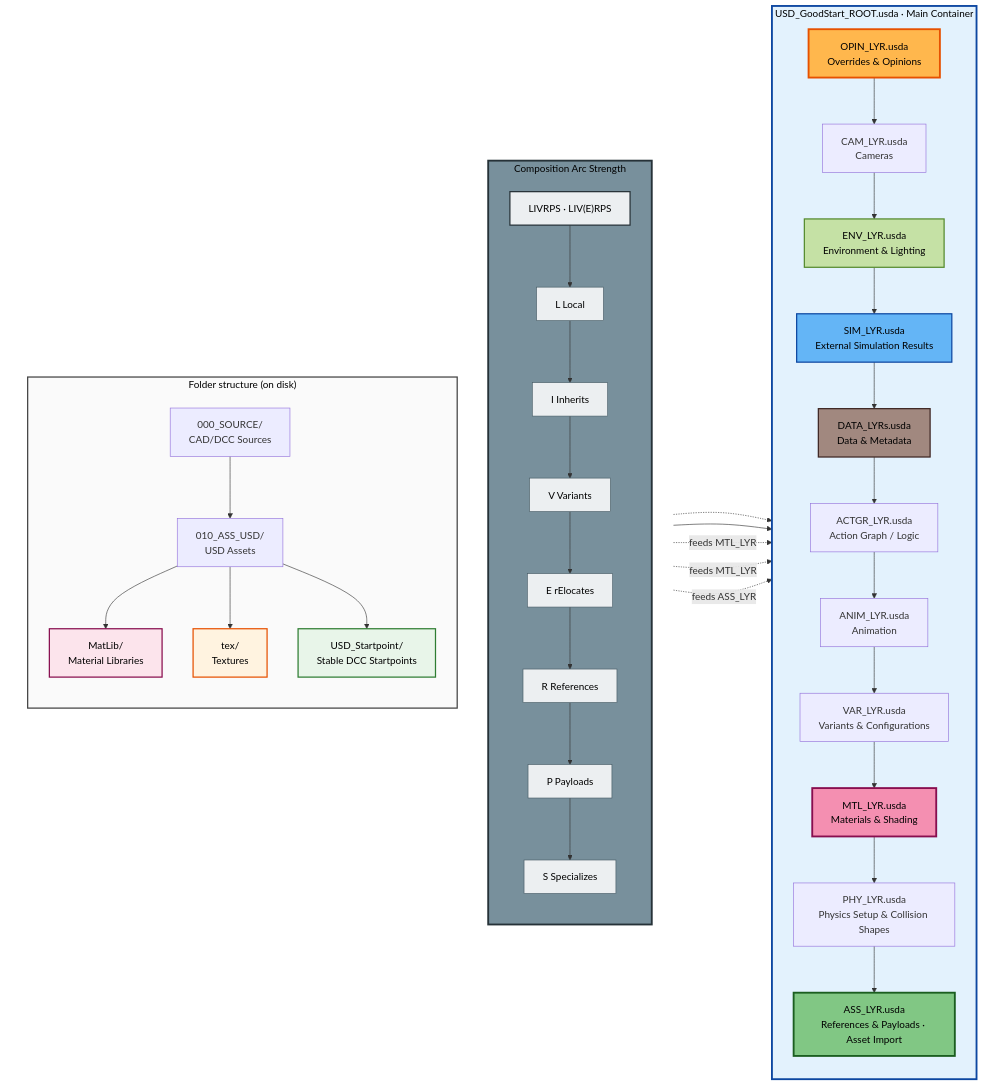
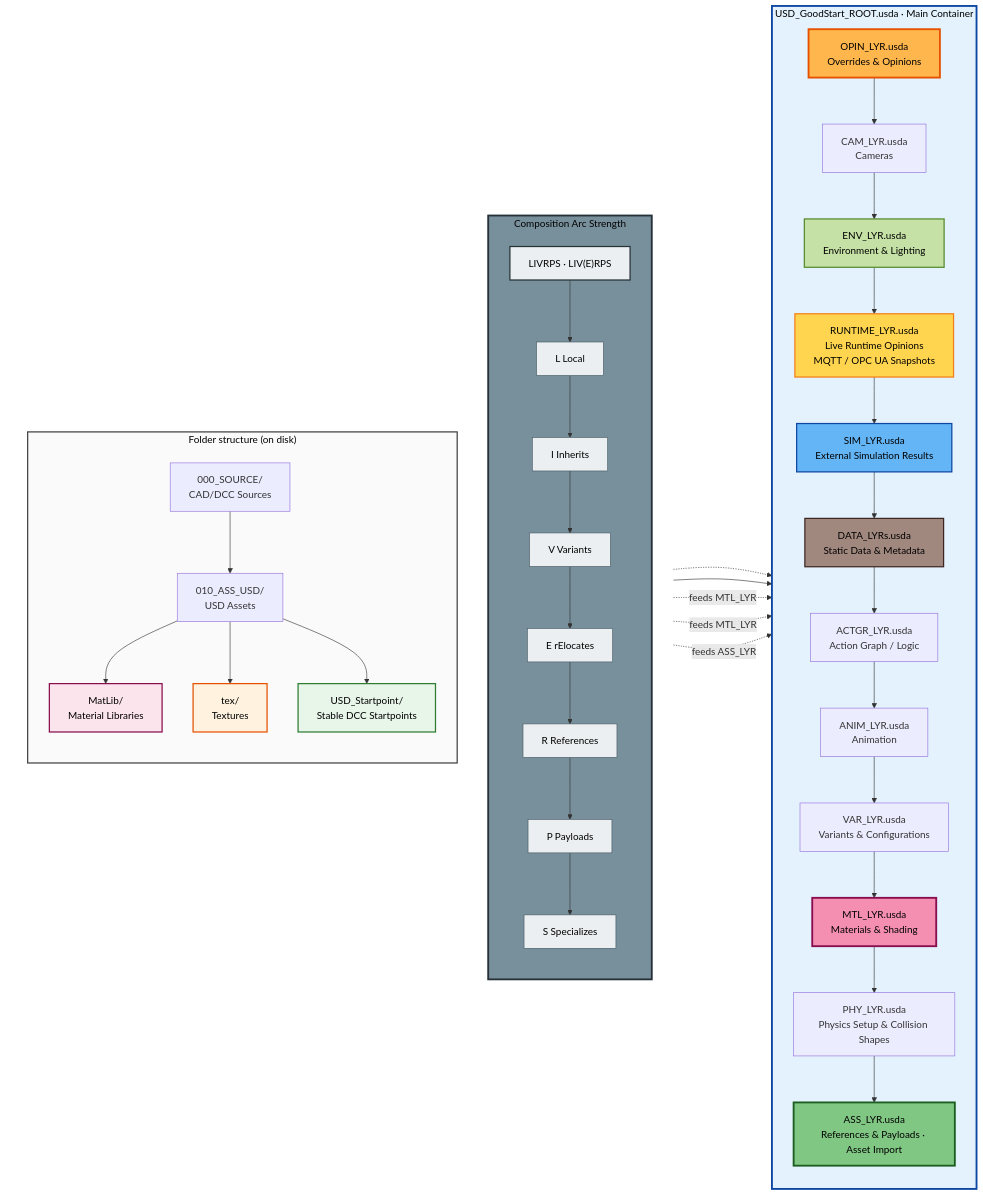
The ninth of 12 diagrams in WIP_Docs/LAYER_ORDER_REFERENCES_RESEARCH.md (jph2/USD_GoodStart), drawn with Mermaid before and after one commit. The commit also changed other lines of this file and 17 other files, not shown here.

```diff
--- a/WIP_Docs/LAYER_ORDER_REFERENCES_RESEARCH.md
+++ b/WIP_Docs/LAYER_ORDER_REFERENCES_RESEARCH.md
@@ -808,8 +808,9 @@
         Opinion[OPIN_LYR.usda<br/>Overrides & Opinions]
         Camera[CAM_LYR.usda<br/>Cameras]
         Env[ENV_LYR.usda<br/>Environment & Lighting]
+        Runtime[RUNTIME_LYR.usda<br/>Live Runtime Opinions<br/>MQTT / OPC UA Snapshots]
         Sim[SIM_LYR.usda<br/>External Simulation Results]
-        Data[DATA_LYRs.usda<br/>Data & Metadata]
+        Data[DATA_LYRs.usda<br/>Static Data & Metadata]
         Actgr[ACTGR_LYR.usda<br/>Action Graph / Logic]
         Anim[ANIM_LYR.usda<br/>Animation]
         Variant[VAR_LYR.usda<br/>Variants & Configurations]
@@ -818,7 +819,8 @@
         Asset[ASS_LYR.usda<br/>References & Payloads · Asset Import]
         Opinion --> Camera
         Camera --> Env
-        Env --> Sim
+        Env --> Runtime
+        Runtime --> Sim
         Sim --> Data
         Data --> Actgr
         Actgr --> Anim
@@ -849,6 +851,7 @@
     style Asset fill:#81c784,stroke:#1b5e20,stroke-width:3px,color:#000
     style Opinion fill:#ffb74d,stroke:#e65100,stroke-width:3px,color:#000
     style Material fill:#f48fb1,stroke:#880e4f,stroke-width:3px,color:#000
+    style Runtime fill:#ffd54f,stroke:#f57f17,stroke-width:2px,color:#000
     style Sim fill:#64b5f6,stroke:#0d47a1,stroke-width:2px,color:#000
     style Data fill:#a1887f,stroke:#3e2723,stroke-width:2px,color:#000
     style Env fill:#c5e1a5,stroke:#558b2f,stroke-width:2px,color:#000
```
